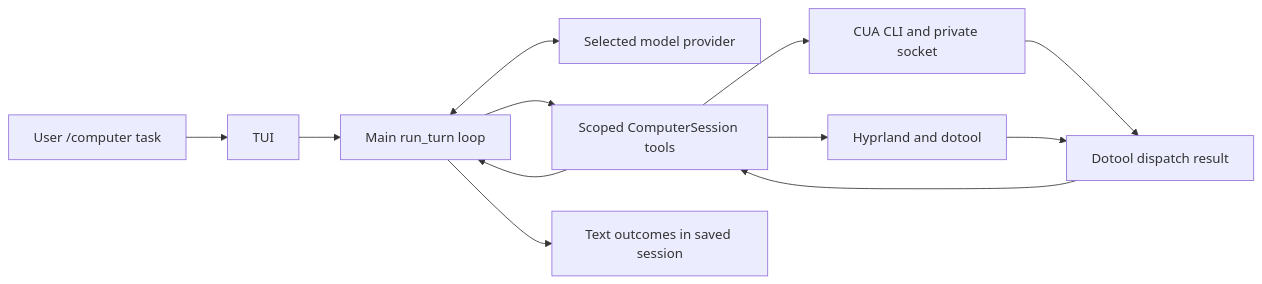
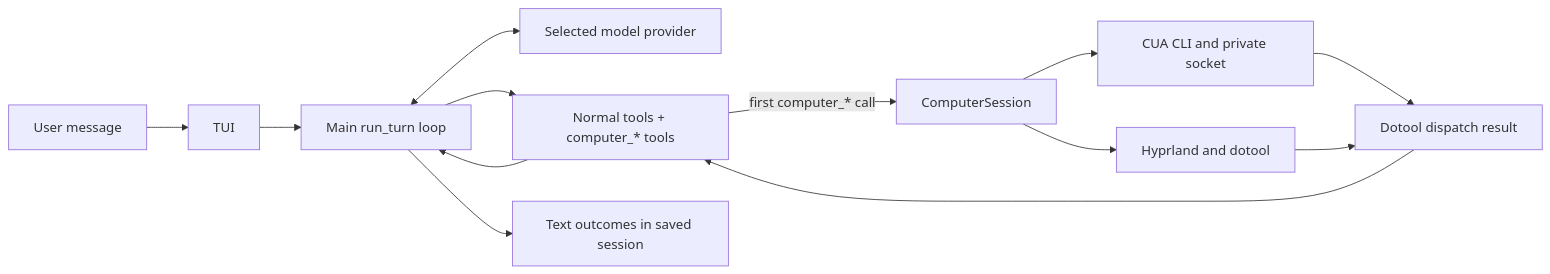
One commit to MetalCloth/mini-hermes changed the diagram in src/docs/21-cua-main-loop.md. Above: the diagram before and after it, drawn with Mermaid. The commit also changed other lines of this file and 20 other files, not shown here.

Commit message:
Integrate computer tools and trace voice input

````diff
--- a/src/docs/21-cua-main-loop.md
+++ b/src/docs/21-cua-main-loop.md
@@ -9,13 +9,14 @@
 ```mermaid
 flowchart LR
-    U["User /computer task"] --> T["TUI"]
+    U["User message"] --> T["TUI"]
     T --> L["Main run_turn loop"]
     L <--> P["Selected model provider"]
-    L --> S["Scoped ComputerSession tools"]
-    S --> C["CUA CLI and private socket"]
-    S --> D["Hyprland and dotool"]
+    L --> S["Normal tools + computer_* tools"]
+    S -->|"first computer_* call"| CS["ComputerSession"]
+    CS --> C["CUA CLI and private socket"]
+    CS --> D["Hyprland and dotool"]
     C --> O["Window tree, screenshot, verify_state"]
     D --> O["Dotool dispatch result"]
     O --> S --> L
     L --> H["Text outcomes in saved session"]
 ```
````
